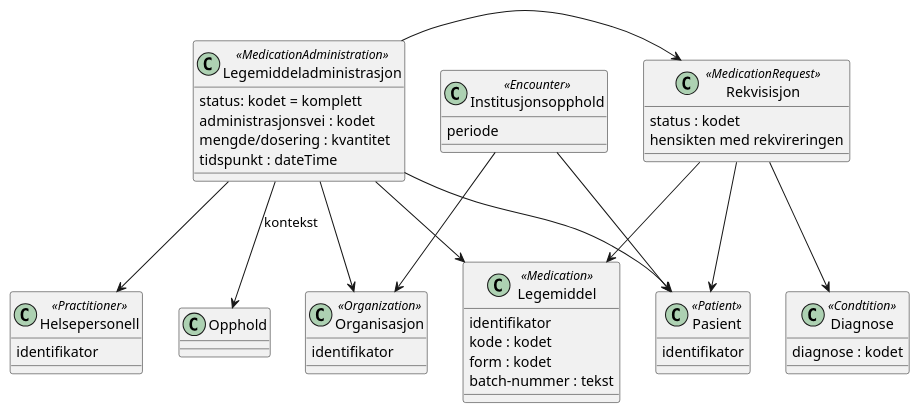
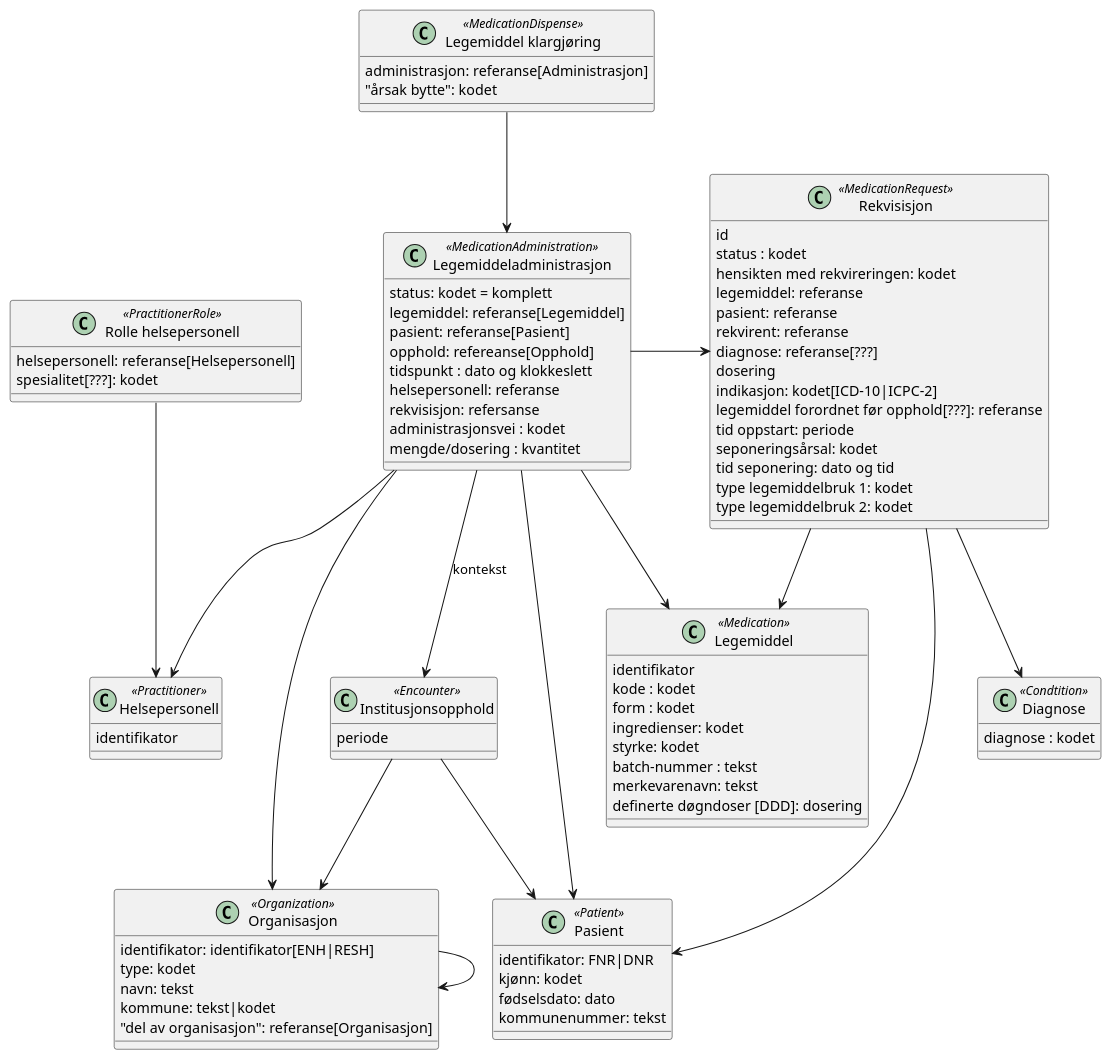
One commit to HL7Norway/LMDI changed the diagram in modeller/informasjonsmodell-test.plantuml. Above: the diagram before and after it, drawn with PlantUML. The commit also changed 1 other file, not shown here.

```diff
--- a/modeller/informasjonsmodell-test.plantuml
+++ b/modeller/informasjonsmodell-test.plantuml
@@ -1,53 +1,100 @@
 @startuml
 
 class Pasient <<Patient>> {
-   identifikator
+   identifikator: FNR|DNR
+   kjønn: kodet
+   fødselsdato: dato
+   kommunenummer: tekst 
 }
 class Legemiddeladministrasjon <<MedicationAdministration>> {
    status: kodet = komplett
+   legemiddel: referanse[Legemiddel]
+   pasient: referanse[Pasient]
+   opphold: refereanse[Opphold]
+   tidspunkt : dato og klokkeslett
+   helsepersonell: referanse
+   rekvisisjon: refersanse
    administrasjonsvei : kodet
    mengde/dosering : kvantitet
-   tidspunkt : dateTime
 }
+
+Legemiddeladministrasjon -> Legemiddel 
+Legemiddeladministrasjon --> Pasient
+Legemiddeladministrasjon --> Helsepersonell
+Legemiddeladministrasjon --> Organisasjon
+Legemiddeladministrasjon -> Rekvisisjon
+Legemiddeladministrasjon --> Institusjonsopphold : kontekst
+
 class Legemiddel <<Medication>> {
    identifikator
    kode : kodet
    form : kodet
+   ingredienser: kodet
+   styrke: kodet
    batch-nummer : tekst
-
+   merkevarenavn: tekst
+   definerte døgndoser [DDD]: dosering
 }
 
 class Helsepersonell <<Practitioner>> {
    identifikator
 }
 class Organisasjon <<Organization>> {
-   identifikator
+   identifikator: identifikator[ENH|RESH]
+   type: kodet
+   navn: tekst
+   kommune: tekst|kodet
+   "del av organisasjon": referanse[Organisasjon]
 }
+
+Organisasjon --> Organisasjon
 
 class Institusjonsopphold <<Encounter>> {
    periode
 }
+
+Institusjonsopphold --> Pasient
+Institusjonsopphold --> Organisasjon
 
 class Diagnose <<Condtition>> {
    diagnose : kodet
 }
 
 class Rekvisisjon <<MedicationRequest>> {
-   status : kodet
-   hensikten med rekvireringen
-
+    id
+    status : kodet
+    hensikten med rekvireringen: kodet
+    legemiddel: referanse
+    pasient: referanse
+    rekvirent: referanse
+    diagnose: referanse[???]
+    dosering
+    indikasjon: kodet[ICD-10|ICPC-2]
+    legemiddel forordnet før opphold[???]: referanse
+    tid oppstart: periode
+    seponeringsårsal: kodet
+    tid seponering: dato og tid
+    type legemiddelbruk 1: kodet
+    type legemiddelbruk 2: kodet
 }
 
-Pasient <-- Legemiddeladministrasjon
-Legemiddeladministrasjon -> Legemiddel 
-Legemiddeladministrasjon --> Helsepersonell
-Legemiddeladministrasjon --> Organisasjon
-Legemiddeladministrasjon -> Rekvisisjon
-Rekvisisjon --> Pasient
-Institusjonsopphold --> Pasient
-Institusjonsopphold --> Organisasjon
-Legemiddeladministrasjon --> Opphold : kontekst
 Rekvisisjon --> Diagnose
 Rekvisisjon --> Legemiddel
+Rekvisisjon --> Pasient
+
+class "Legemiddel klargjøring" <<MedicationDispense>> {
+    administrasjon: referanse[Administrasjon]
+    "årsak bytte": kodet
+} 
+
+"Legemiddel klargjøring" --> Legemiddeladministrasjon
+
+class "Rolle helsepersonell" <<PractitionerRole>> {
+    helsepersonell: referanse[Helsepersonell]
+    spesialitet[???]: kodet
+}
+
+"Rolle helsepersonell" --> Helsepersonell
+
 
 @enduml
```
